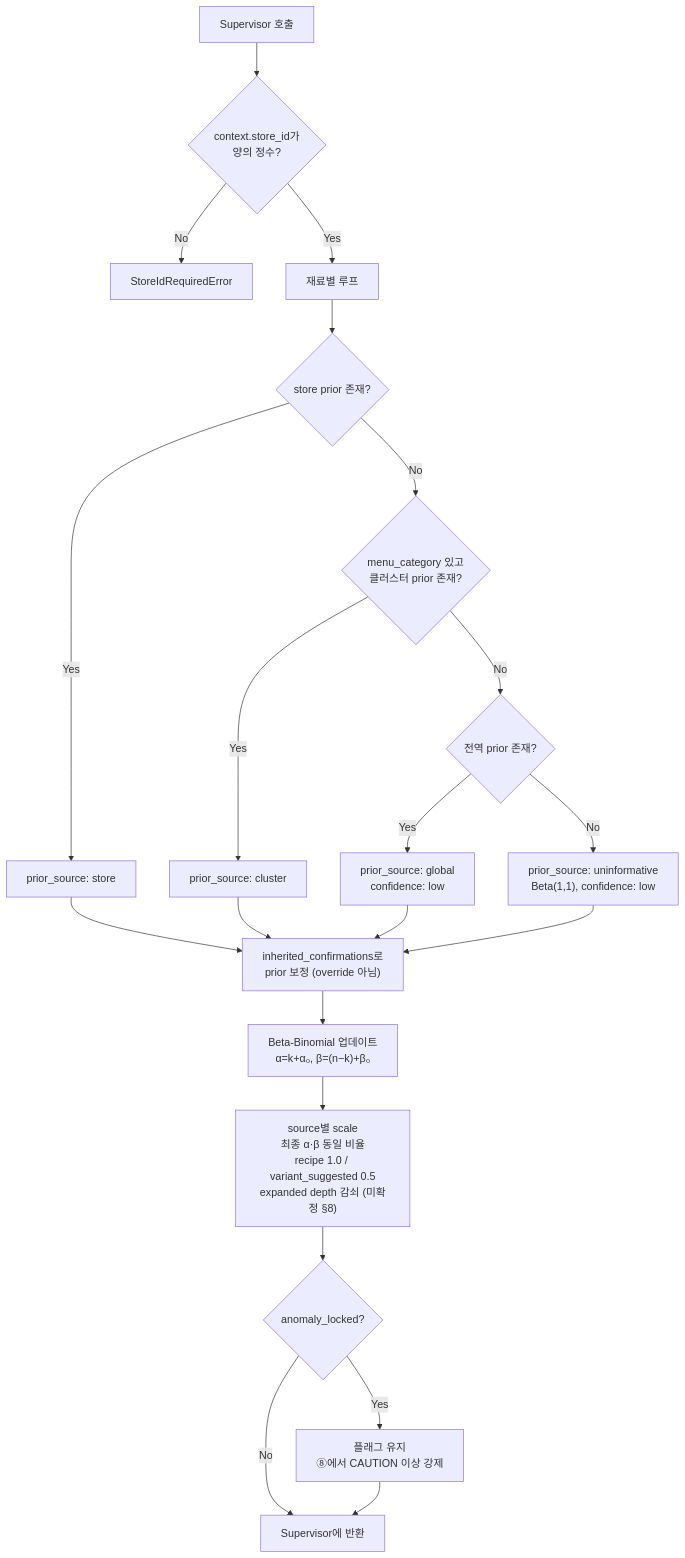
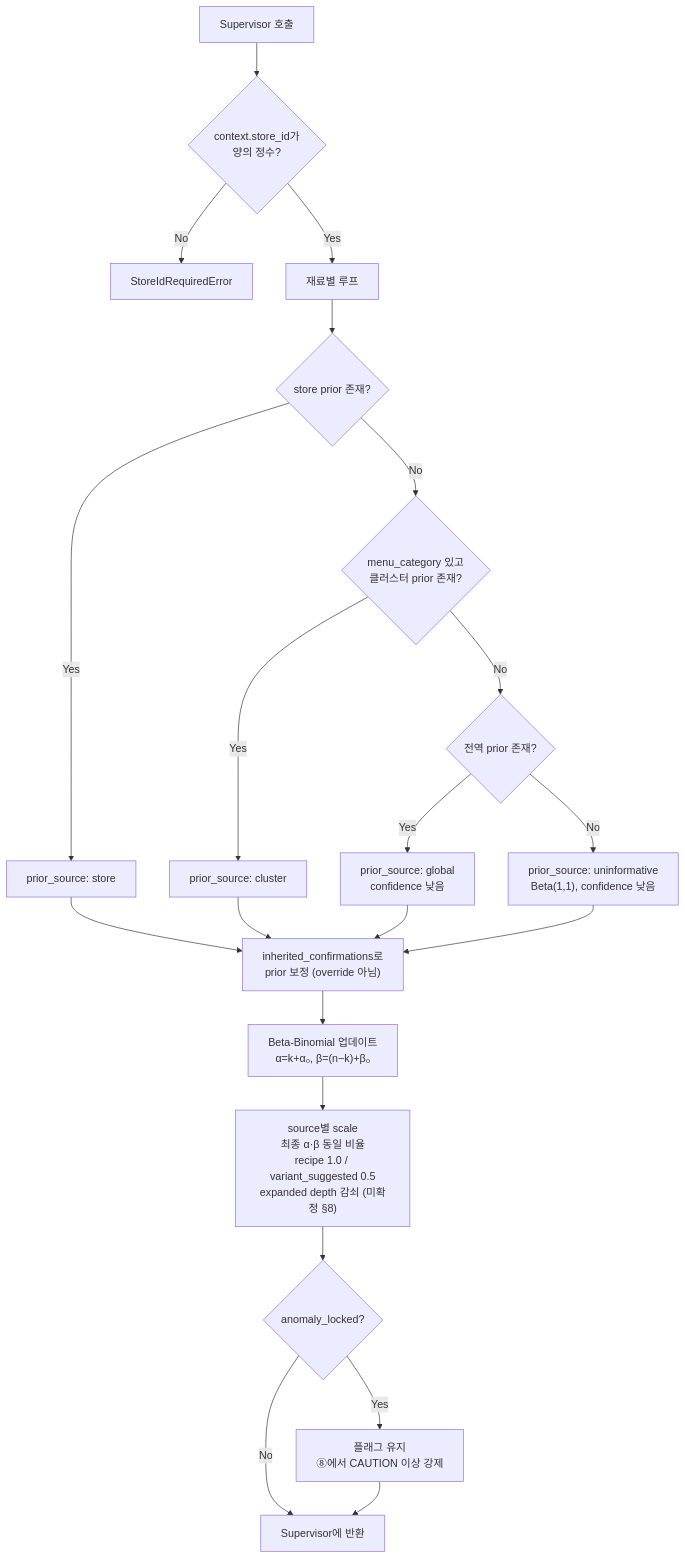
One commit to Han-Spoon/ai changed the diagram in docs/agent-5-Statistics.md. Above: the diagram before and after it, drawn with Mermaid. The commit also changed other lines of this file and 2 other files, not shown here.

````diff
--- a/docs/agent-5-Statistics.md
+++ b/docs/agent-5-Statistics.md
@@ -134,25 +135,25 @@
 ```mermaid
 flowchart TD
     S[Supervisor 호출] --> V{"context.store_id가<br/>양의 정수?"}
     V -->|No| ERR[StoreIdRequiredError]
     V -->|Yes| L[재료별 루프]
 
     L --> P{store prior 존재?}
     P -->|Yes| SP["prior_source: store"]
     P -->|No| CL{"menu_category 있고<br/>클러스터 prior 존재?"}
     CL -->|Yes| CP["prior_source: cluster"]
     CL -->|No| G{"전역 prior 존재?"}
-    G -->|Yes| GP["prior_source: global<br/>confidence: low"]
-    G -->|No| UP["prior_source: uninformative<br/>Beta(1,1), confidence: low"]
+    G -->|Yes| GP["prior_source: global<br/>confidence 낮음"]
+    G -->|No| UP["prior_source: uninformative<br/>Beta(1,1), confidence 낮음"]
 
     SP --> INH["inherited_confirmations로<br/>prior 보정 (override 아님)"]
     CP --> INH
     GP --> INH
     UP --> INH
     INH --> BB["Beta-Binomial 업데이트<br/>α=k+α₀, β=(n−k)+β₀"]
     BB --> SRC["source별 scale<br/>최종 α·β 동일 비율<br/>recipe 1.0 / variant_suggested 0.5<br/>expanded depth 감쇠 (미확정 §8)"]
     SRC --> LOCK{"anomaly_locked?"}
     LOCK -->|Yes| MARK["플래그 유지<br/>⑧에서 CAUTION 이상 강제"]
     LOCK -->|No| OUT[Supervisor에 반환]
     MARK --> OUT
 ```
````
